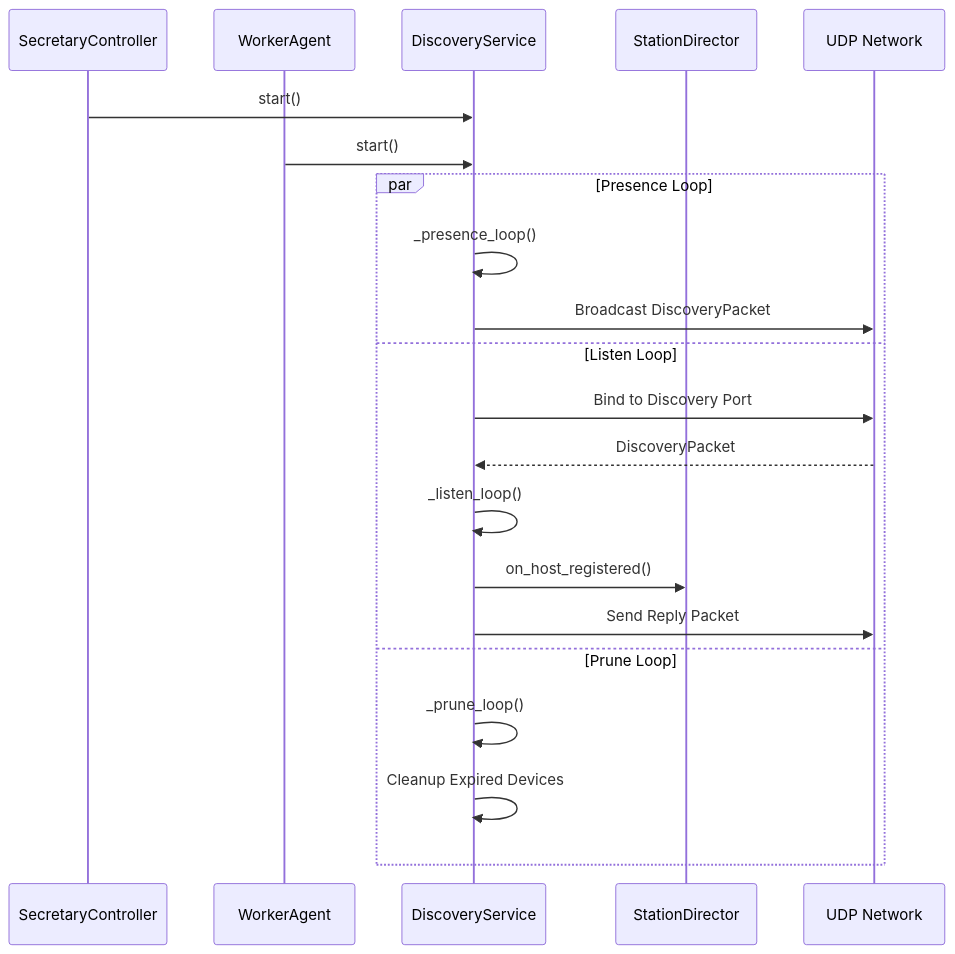
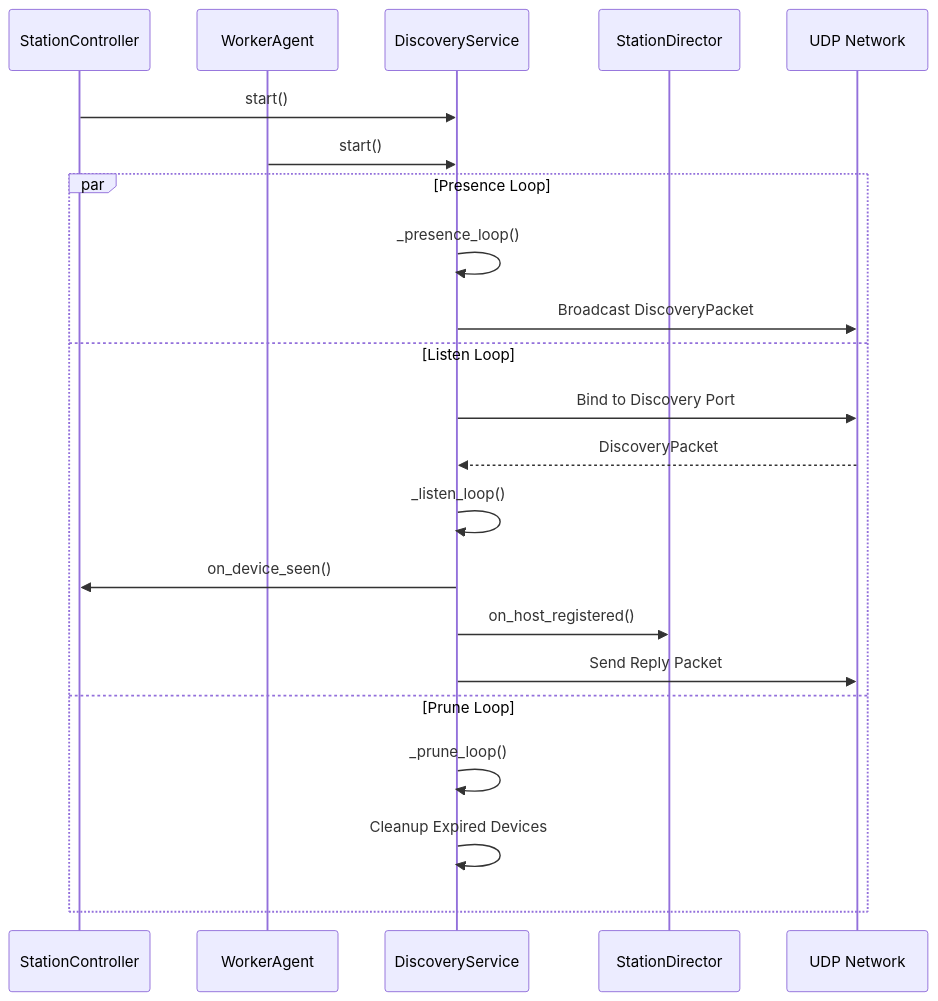
One commit to targalian/Personal-distributed-workstation changed the seventh of 18 diagrams in .qoder/repowiki/zh/content/核心模块/设备发现系统.md. Above: the diagram before and after it, drawn with Mermaid. The commit also changed other lines of this file and 117 other files, not shown here.

````diff
--- a/.qoder/repowiki/zh/content/核心模块/设备发现系统.md
+++ b/.qoder/repowiki/zh/content/核心模块/设备发现系统.md
@@ -386,23 +448,24 @@
 ```mermaid
 sequenceDiagram
-participant Secretary as SecretaryController
+participant Station as StationController
 participant Worker as WorkerAgent
 participant DS as DiscoveryService
 participant SD as StationDirector
 participant Net as UDP Network
-Secretary->>DS : start()
+Station->>DS : start()
 Worker->>DS : start()
 par Presence Loop
 DS->>DS : _presence_loop()
 DS->>Net : Broadcast DiscoveryPacket
 and Listen Loop
 DS->>Net : Bind to Discovery Port
 Net-->>DS : DiscoveryPacket
 DS->>DS : _listen_loop()
+DS->>Station : on_device_seen()
 DS->>SD : on_host_registered()
 DS->>Net : Send Reply Packet
 and Prune Loop
 DS->>DS : _prune_loop()
 DS->>DS : Cleanup Expired Devices
 end
 ```
````
